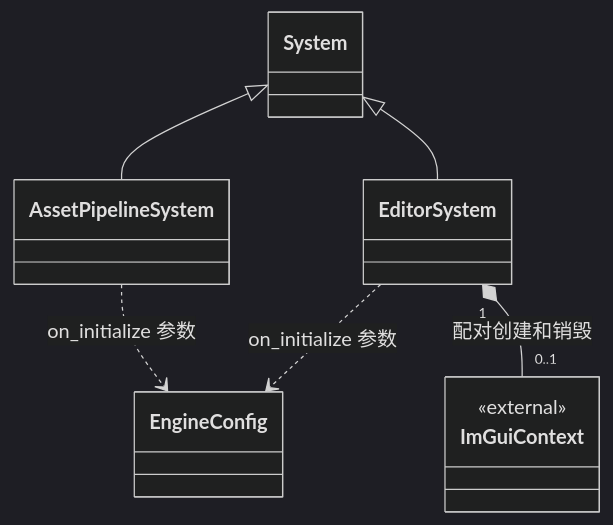
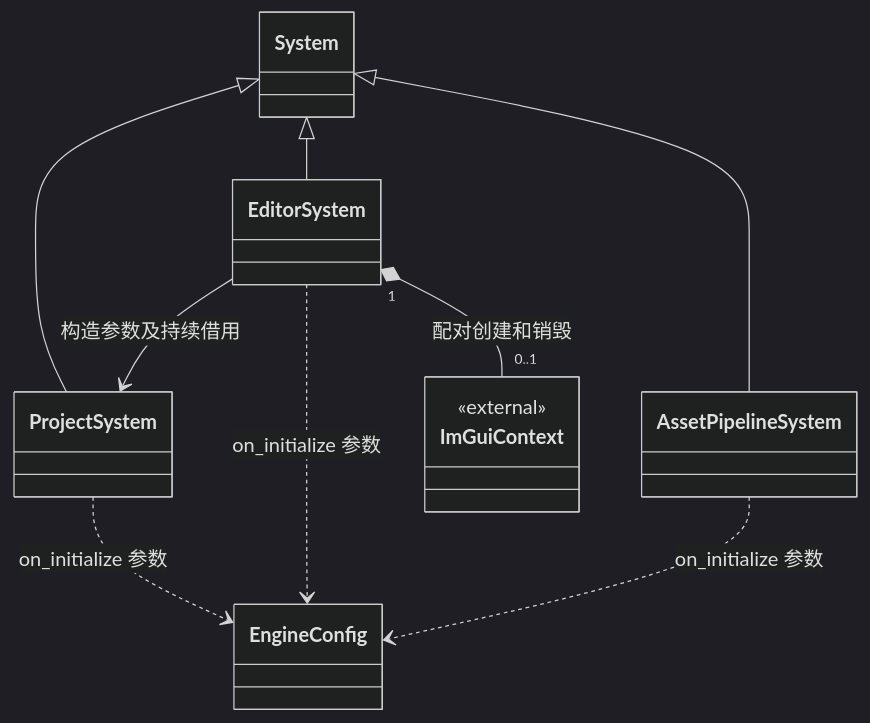
Before and after one commit to lcals/Engine: the eighth of 8 diagrams in docs/class-diagrams/references.md, drawn with Mermaid (dark theme). The commit also changed other lines of this file and 63 other files, not shown here.

````diff
--- a/docs/class-diagrams/references.md
+++ b/docs/class-diagrams/references.md
@@ -185,16 +186,20 @@
 ```mermaid
 classDiagram
     direction TB
     class System
     class EngineConfig
+    class ProjectSystem
     class EditorSystem
     class AssetPipelineSystem
     class ImGuiContext {
         <<external>>
     }
+    System <|-- ProjectSystem
     System <|-- EditorSystem
     System <|-- AssetPipelineSystem
+    ProjectSystem ..> EngineConfig : on_initialize 参数
+    EditorSystem --> ProjectSystem : 构造参数及持续借用
     EditorSystem ..> EngineConfig : on_initialize 参数
     AssetPipelineSystem ..> EngineConfig : on_initialize 参数
     EditorSystem "1" *-- "0..1" ImGuiContext : 配对创建和销毁
 ```
````
